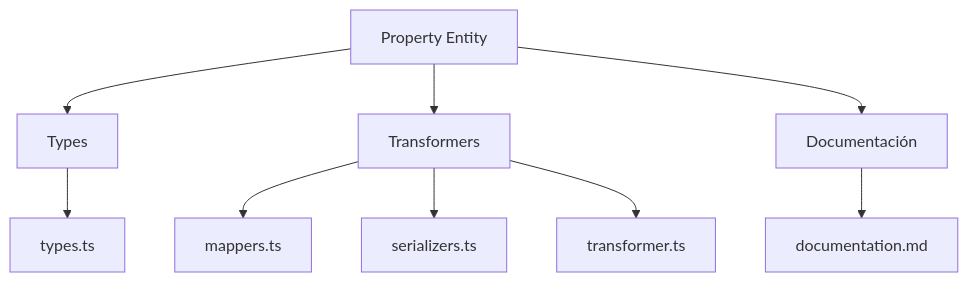
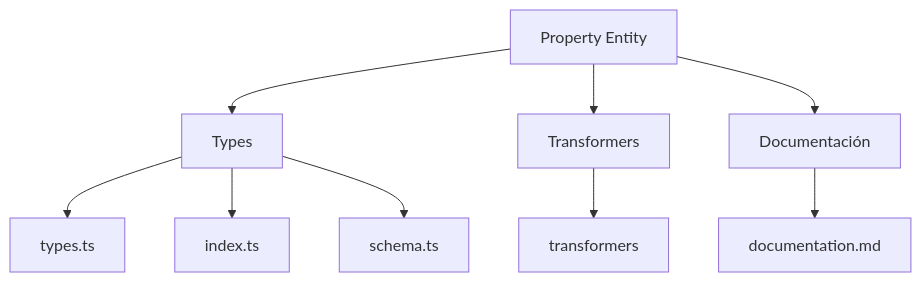
One commit to gvastethecreator/media-manager changed the first of 2 diagrams in src/types/entities/property/documentation.md. Above: the diagram before and after it, drawn with Mermaid. The commit also changed other lines of this file and 207 other files, not shown here.

````diff
--- a/src/types/entities/property/documentation.md
+++ b/src/types/entities/property/documentation.md
@@ -9,11 +9,11 @@
 ```mermaid
 graph TD
     A[Property Entity] --> B[Types]
     A --> C[Transformers]
     A --> D[Documentación]
     B --> B1[types.ts]
-    C --> C1[mappers.ts]
-    C --> C2[serializers.ts]
-    C --> C3[transformer.ts]
+    B --> B2[index.ts]
+    B --> B3[schema.ts]
+    C --> C1[transformers]
     D --> D1[documentation.md]
 ```
````
